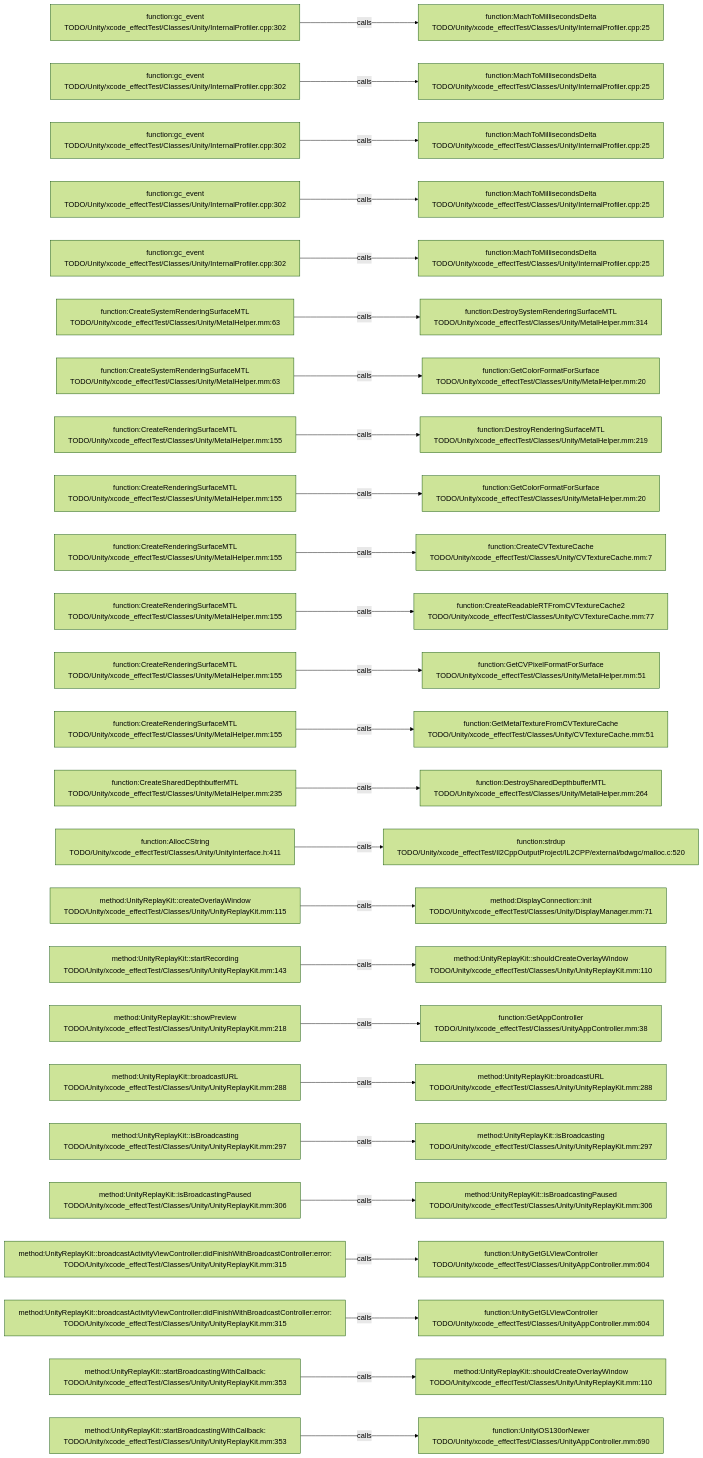
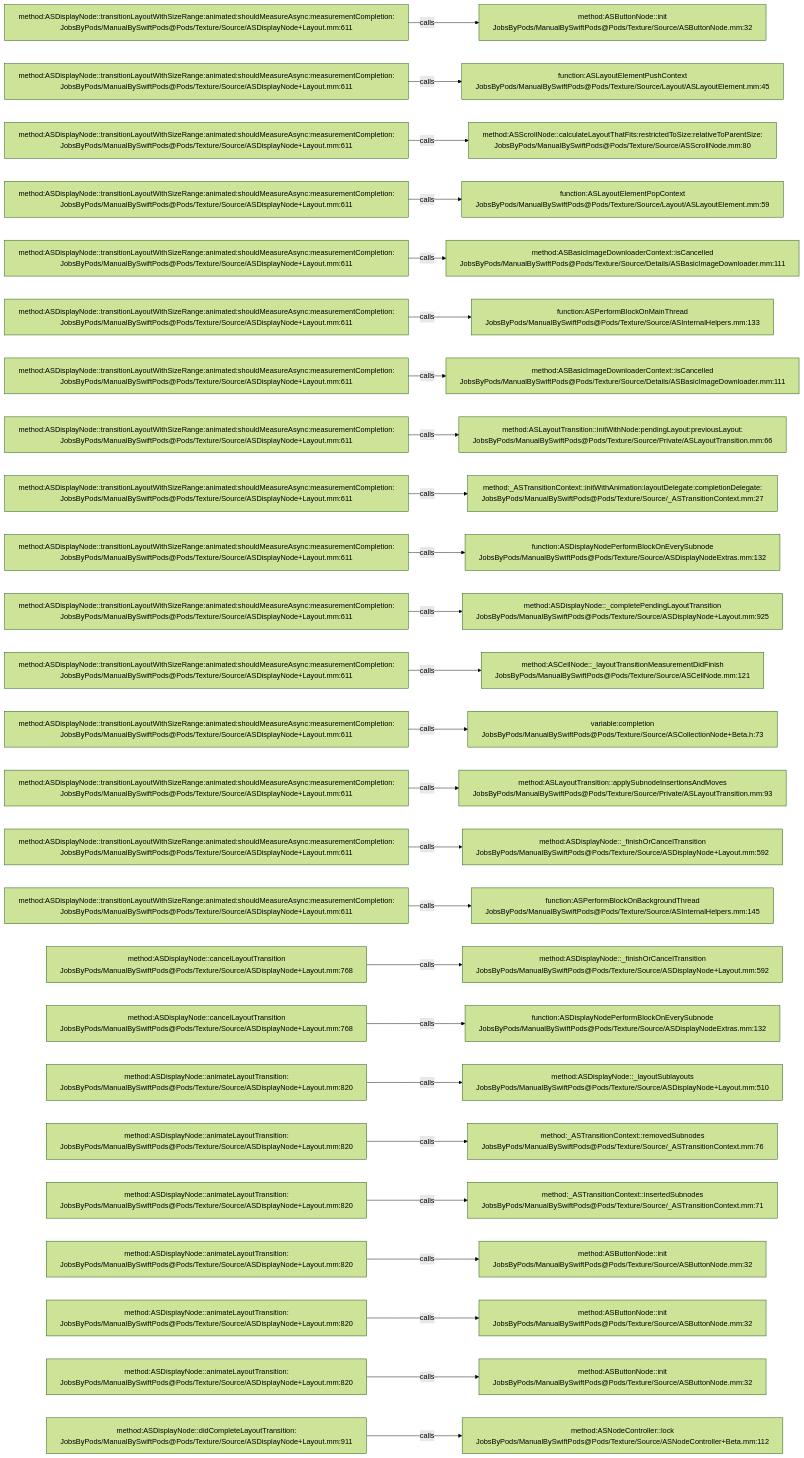
The diagram in .codegraph/codegraph.md/graphs/calls-042.md (JobsKits/JobsSwiftBaseConfigDemo), drawn with Mermaid (forest theme) before and after one commit. The commit also changed 2959 other files, not shown here.

````diff
--- a/.codegraph/codegraph.md/graphs/calls-042.md
+++ b/.codegraph/codegraph.md/graphs/calls-042.md
@@ -13,78 +13,78 @@
 ```mermaid
 flowchart LR
-  S1["function:gc_event<br/>TODO/Unity/xcode_effectTest/Classes/Unity/InternalProfiler.cpp:302"]
-  T1["function:MachToMillisecondsDelta<br/>TODO/Unity/xcode_effectTest/Classes/Unity/InternalProfiler.cpp:25"]
+  S1["method:ASDisplayNode::transitionLayoutWithSizeRange:animated:shouldMeasureAsync:measurementCompletion:<br/>JobsByPods/ManualBySwiftPods@Pods/Texture/Source/ASDisplayNode+Layout.mm:611"]
+  T1["method:ASButtonNode::init<br/>JobsByPods/ManualBySwiftPods@Pods/Texture/Source/ASButtonNode.mm:32"]
   S1 -->|calls| T1
-  S2["function:gc_event<br/>TODO/Unity/xcode_effectTest/Classes/Unity/InternalProfiler.cpp:302"]
-  T2["function:MachToMillisecondsDelta<br/>TODO/Unity/xcode_effectTest/Classes/Unity/InternalProfiler.cpp:25"]
+  S2["method:ASDisplayNode::transitionLayoutWithSizeRange:animated:shouldMeasureAsync:measurementCompletion:<br/>JobsByPods/ManualBySwiftPods@Pods/Texture/Source/ASDisplayNode+Layout.mm:611"]
+  T2["function:ASLayoutElementPushContext<br/>JobsByPods/ManualBySwiftPods@Pods/Texture/Source/Layout/ASLayoutElement.mm:45"]
   S2 -->|calls| T2
-  S3["function:gc_event<br/>TODO/Unity/xcode_effectTest/Classes/Unity/InternalProfiler.cpp:302"]
-  T3["function:MachToMillisecondsDelta<br/>TODO/Unity/xcode_effectTest/Classes/Unity/InternalProfiler.cpp:25"]
+  S3["method:ASDisplayNode::transitionLayoutWithSizeRange:animated:shouldMeasureAsync:measurementCompletion:<br/>JobsByPods/ManualBySwiftPods@Pods/Texture/Source/ASDisplayNode+Layout.mm:611"]
+  T3["method:ASScrollNode::calculateLayoutThatFits:restrictedToSize:relativeToParentSize:<br/>JobsByPods/ManualBySwiftPods@Pods/Texture/Source/ASScrollNode.mm:80"]
   S3 -->|calls| T3
-  S4["function:gc_event<br/>TODO/Unity/xcode_effectTest/Classes/Unity/InternalProfiler.cpp:302"]
-  T4["function:MachToMillisecondsDelta<br/>TODO/Unity/xcode_effectTest/Classes/Unity/InternalProfiler.cpp:25"]
+  S4["method:ASDisplayNode::transitionLayoutWithSizeRange:animated:shouldMeasureAsync:measurementCompletion:<br/>JobsByPods/ManualBySwiftPods@Pods/Texture/Source/ASDisplayNode+Layout.mm:611"]
+  T4["function:ASLayoutElementPopContext<br/>JobsByPods/ManualBySwiftPods@Pods/Texture/Source/Layout/ASLayoutElement.mm:59"]
   S4 -->|calls| T4
-  S5["function:gc_event<br/>TODO/Unity/xcode_effectTest/Classes/Unity/InternalProfiler.cpp:302"]
-  T5["function:MachToMillisecondsDelta<br/>TODO/Unity/xcode_effectTest/Classes/Unity/InternalProfiler.cpp:25"]
+  S5["method:ASDisplayNode::transitionLayoutWithSizeRange:animated:shouldMeasureAsync:measurementCompletion:<br/>JobsByPods/ManualBySwiftPods@Pods/Texture/Source/ASDisplayNode+Layout.mm:611"]
+  T5["method:ASBasicImageDownloaderContext::isCancelled<br/>JobsByPods/ManualBySwiftPods@Pods/Texture/Source/Details/ASBasicImageDownloader.mm:111"]
   S5 -->|calls| T5
-  S6["function:CreateSystemRenderingSurfaceMTL<br/>TODO/Unity/xcode_effectTest/Classes/Unity/MetalHelper.mm:63"]
-  T6["function:DestroySystemRenderingSurfaceMTL<br/>TODO/Unity/xcode_effectTest/Classes/Unity/MetalHelper.mm:314"]
+  S6["method:ASDisplayNode::transitionLayoutWithSizeRange:animated:shouldMeasureAsync:measurementCompletion:<br/>JobsByPods/ManualBySwiftPods@Pods/Texture/Source/ASDisplayNode+Layout.mm:611"]
+  T6["function:ASPerformBlockOnMainThread<br/>JobsByPods/ManualBySwiftPods@Pods/Texture/Source/ASInternalHelpers.mm:133"]
   S6 -->|calls| T6
-  S7["function:CreateSystemRenderingSurfaceMTL<br/>TODO/Unity/xcode_effectTest/Classes/Unity/MetalHelper.mm:63"]
-  T7["function:GetColorFormatForSurface<br/>TODO/Unity/xcode_effectTest/Classes/Unity/MetalHelper.mm:20"]
+  S7["method:ASDisplayNode::transitionLayoutWithSizeRange:animated:shouldMeasureAsync:measurementCompletion:<br/>JobsByPods/ManualBySwiftPods@Pods/Texture/Source/ASDisplayNode+Layout.mm:611"]
+  T7["method:ASBasicImageDownloaderContext::isCancelled<br/>JobsByPods/ManualBySwiftPods@Pods/Texture/Source/Details/ASBasicImageDownloader.mm:111"]
   S7 -->|calls| T7
-  S8["function:CreateRenderingSurfaceMTL<br/>TODO/Unity/xcode_effectTest/Classes/Unity/MetalHelper.mm:155"]
-  T8["function:DestroyRenderingSurfaceMTL<br/>TODO/Unity/xcode_effectTest/Classes/Unity/MetalHelper.mm:219"]
+  S8["method:ASDisplayNode::transitionLayoutWithSizeRange:animated:shouldMeasureAsync:measurementCompletion:<br/>JobsByPods/ManualBySwiftPods@Pods/Texture/Source/ASDisplayNode+Layout.mm:611"]
+  T8["method:ASLayoutTransition::initWithNode:pendingLayout:previousLayout:<br/>JobsByPods/ManualBySwiftPods@Pods/Texture/Source/Private/ASLayoutTransition.mm:66"]
   S8 -->|calls| T8
-  S9["function:CreateRenderingSurfaceMTL<br/>TODO/Unity/xcode_effectTest/Classes/Unity/MetalHelper.mm:155"]
-  T9["function:GetColorFormatForSurface<br/>TODO/Unity/xcode_effectTest/Classes/Unity/MetalHelper.mm:20"]
+  S9["method:ASDisplayNode::transitionLayoutWithSizeRange:animated:shouldMeasureAsync:measurementCompletion:<br/>JobsByPods/ManualBySwiftPods@Pods/Texture/Source/ASDisplayNode+Layout.mm:611"]
+  T9["method:_ASTransitionContext::initWithAnimation:layoutDelegate:completionDelegate:<br/>JobsByPods/ManualBySwiftPods@Pods/Texture/Source/_ASTransitionContext.mm:27"]
   S9 -->|calls| T9
-  S10["function:CreateRenderingSurfaceMTL<br/>TODO/Unity/xcode_effectTest/Classes/Unity/MetalHelper.mm:155"]
-  T10["function:CreateCVTextureCache<br/>TODO/Unity/xcode_effectTest/Classes/Unity/CVTextureCache.mm:7"]
+  S10["method:ASDisplayNode::transitionLayoutWithSizeRange:animated:shouldMeasureAsync:measurementCompletion:<br/>JobsByPods/ManualBySwiftPods@Pods/Texture/Source/ASDisplayNode+Layout.mm:611"]
+  T10["function:ASDisplayNodePerformBlockOnEverySubnode<br/>JobsByPods/ManualBySwiftPods@Pods/Texture/Source/ASDisplayNodeExtras.mm:132"]
   S10 -->|calls| T10
-  S11["function:CreateRenderingSurfaceMTL<br/>TODO/Unity/xcode_effectTest/Classes/Unity/MetalHelper.mm:155"]
-  T11["function:CreateReadableRTFromCVTextureCache2<br/>TODO/Unity/xcode_effectTest/Classes/Unity/CVTextureCache.mm:77"]
+  S11["method:ASDisplayNode::transitionLayoutWithSizeRange:animated:shouldMeasureAsync:measurementCompletion:<br/>JobsByPods/ManualBySwiftPods@Pods/Texture/Source/ASDisplayNode+Layout.mm:611"]
+  T11["method:ASDisplayNode::_completePendingLayoutTransition<br/>JobsByPods/ManualBySwiftPods@Pods/Texture/Source/ASDisplayNode+Layout.mm:925"]
   S11 -->|calls| T11
-  S12["function:CreateRenderingSurfaceMTL<br/>TODO/Unity/xcode_effectTest/Classes/Unity/MetalHelper.mm:155"]
-  T12["function:GetCVPixelFormatForSurface<br/>TODO/Unity/xcode_effectTest/Classes/Unity/MetalHelper.mm:51"]
+  S12["method:ASDisplayNode::transitionLayoutWithSizeRange:animated:shouldMeasureAsync:measurementCompletion:<br/>JobsByPods/ManualBySwiftPods@Pods/Texture/Source/ASDisplayNode+Layout.mm:611"]
+  T12["method:ASCellNode::_layoutTransitionMeasurementDidFinish<br/>JobsByPods/ManualBySwiftPods@Pods/Texture/Source/ASCellNode.mm:121"]
   S12 -->|calls| T12
-  S13["function:CreateRenderingSurfaceMTL<br/>TODO/Unity/xcode_effectTest/Classes/Unity/MetalHelper.mm:155"]
-  T13["function:GetMetalTextureFromCVTextureCache<br/>TODO/Unity/xcode_effectTest/Classes/Unity/CVTextureCache.mm:51"]
+  S13["method:ASDisplayNode::transitionLayoutWithSizeRange:animated:shouldMeasureAsync:measurementCompletion:<br/>JobsByPods/ManualBySwiftPods@Pods/Texture/Source/ASDisplayNode+Layout.mm:611"]
+  T13["variable:completion<br/>JobsByPods/ManualBySwiftPods@Pods/Texture/Source/ASCollectionNode+Beta.h:73"]
   S13 -->|calls| T13
-  S14["function:CreateSharedDepthbufferMTL<br/>TODO/Unity/xcode_effectTest/Classes/Unity/MetalHelper.mm:235"]
-  T14["function:DestroySharedDepthbufferMTL<br/>TODO/Unity/xcode_effectTest/Classes/Unity/MetalHelper.mm:264"]
+  S14["method:ASDisplayNode::transitionLayoutWithSizeRange:animated:shouldMeasureAsync:measurementCompletion:<br/>JobsByPods/ManualBySwiftPods@Pods/Texture/Source/ASDisplayNode+Layout.mm:611"]
+  T14["method:ASLayoutTransition::applySubnodeInsertionsAndMoves<br/>JobsByPods/ManualBySwiftPods@Pods/Texture/Source/Private/ASLayoutTransition.mm:93"]
   S14 -->|calls| T14
-  S15["function:AllocCString<br/>TODO/Unity/xcode_effectTest/Classes/Unity/UnityInterface.h:411"]
-  T15["function:strdup<br/>TODO/Unity/xcode_effectTest/Il2CppOutputProject/IL2CPP/external/bdwgc/malloc.c:520"]
+  S15["method:ASDisplayNode::transitionLayoutWithSizeRange:animated:shouldMeasureAsync:measurementCompletion:<br/>JobsByPods/ManualBySwiftPods@Pods/Texture/Source/ASDisplayNode+Layout.mm:611"]
+  T15["method:ASDisplayNode::_finishOrCancelTransition<br/>JobsByPods/ManualBySwiftPods@Pods/Texture/Source/ASDisplayNode+Layout.mm:592"]
   S15 -->|calls| T15
-  S16["method:UnityReplayKit::createOverlayWindow<br/>TODO/Unity/xcode_effectTest/Classes/Unity/UnityReplayKit.mm:115"]
-  T16["method:DisplayConnection::init<br/>TODO/Unity/xcode_effectTest/Classes/Unity/DisplayManager.mm:71"]
+  S16["method:ASDisplayNode::transitionLayoutWithSizeRange:animated:shouldMeasureAsync:measurementCompletion:<br/>JobsByPods/ManualBySwiftPods@Pods/Texture/Source/ASDisplayNode+Layout.mm:611"]
+  T16["function:ASPerformBlockOnBackgroundThread<br/>JobsByPods/ManualBySwiftPods@Pods/Texture/Source/ASInternalHelpers.mm:145"]
   S16 -->|calls| T16
-  S17["method:UnityReplayKit::startRecording<br/>TODO/Unity/xcode_effectTest/Classes/Unity/UnityReplayKit.mm:143"]
-  T17["method:UnityReplayKit::shouldCreateOverlayWindow<br/>TODO/Unity/xcode_effectTest/Classes/Unity/UnityReplayKit.mm:110"]
+  S17["method:ASDisplayNode::cancelLayoutTransition<br/>JobsByPods/ManualBySwiftPods@Pods/Texture/Source/ASDisplayNode+Layout.mm:768"]
+  T17["method:ASDisplayNode::_finishOrCancelTransition<br/>JobsByPods/ManualBySwiftPods@Pods/Texture/Source/ASDisplayNode+Layout.mm:592"]
   S17 -->|calls| T17
-  S18["method:UnityReplayKit::showPreview<br/>TODO/Unity/xcode_effectTest/Classes/Unity/UnityReplayKit.mm:218"]
-  T18["function:GetAppController<br/>TODO/Unity/xcode_effectTest/Classes/UnityAppController.mm:38"]
+  S18["method:ASDisplayNode::cancelLayoutTransition<br/>JobsByPods/ManualBySwiftPods@Pods/Texture/Source/ASDisplayNode+Layout.mm:768"]
+  T18["function:ASDisplayNodePerformBlockOnEverySubnode<br/>JobsByPods/ManualBySwiftPods@Pods/Texture/Source/ASDisplayNodeExtras.mm:132"]
   S18 -->|calls| T18
-  S19["method:UnityReplayKit::broadcastURL<br/>TODO/Unity/xcode_effectTest/Classes/Unity/UnityReplayKit.mm:288"]
-  T19["method:UnityReplayKit::broadcastURL<br/>TODO/Unity/xcode_effectTest/Classes/Unity/UnityReplayKit.mm:288"]
+  S19["method:ASDisplayNode::animateLayoutTransition:<br/>JobsByPods/ManualBySwiftPods@Pods/Texture/Source/ASDisplayNode+Layout.mm:820"]
+  T19["method:ASDisplayNode::_layoutSublayouts<br/>JobsByPods/ManualBySwiftPods@Pods/Texture/Source/ASDisplayNode+Layout.mm:510"]
   S19 -->|calls| T19
-  S20["method:UnityReplayKit::isBroadcasting<br/>TODO/Unity/xcode_effectTest/Classes/Unity/UnityReplayKit.mm:297"]
-  T20["method:UnityReplayKit::isBroadcasting<br/>TODO/Unity/xcode_effectTest/Classes/Unity/UnityReplayKit.mm:297"]
+  S20["method:ASDisplayNode::animateLayoutTransition:<br/>JobsByPods/ManualBySwiftPods@Pods/Texture/Source/ASDisplayNode+Layout.mm:820"]
+  T20["method:_ASTransitionContext::removedSubnodes<br/>JobsByPods/ManualBySwiftPods@Pods/Texture/Source/_ASTransitionContext.mm:76"]
   S20 -->|calls| T20
-  S21["method:UnityReplayKit::isBroadcastingPaused<br/>TODO/Unity/xcode_effectTest/Classes/Unity/UnityReplayKit.mm:306"]
-  T21["method:UnityReplayKit::isBroadcastingPaused<br/>TODO/Unity/xcode_effectTest/Classes/Unity/UnityReplayKit.mm:306"]
+  S21["method:ASDisplayNode::animateLayoutTransition:<br/>JobsByPods/ManualBySwiftPods@Pods/Texture/Source/ASDisplayNode+Layout.mm:820"]
+  T21["method:_ASTransitionContext::insertedSubnodes<br/>JobsByPods/ManualBySwiftPods@Pods/Texture/Source/_ASTransitionContext.mm:71"]
   S21 -->|calls| T21
-  S22["method:UnityReplayKit::broadcastActivityViewController:didFinishWithBroadcastController:error:<br/>TODO/Unity/xcode_effectTest/Classes/Unity/UnityReplayKit.mm:315"]
-  T22["function:UnityGetGLViewController<br/>TODO/Unity/xcode_effectTest/Classes/UnityAppController.mm:604"]
+  S22["method:ASDisplayNode::animateLayoutTransition:<br/>JobsByPods/ManualBySwiftPods@Pods/Texture/Source/ASDisplayNode+Layout.mm:820"]
+  T22["method:ASButtonNode::init<br/>JobsByPods/ManualBySwiftPods@Pods/Texture/Source/ASButtonNode.mm:32"]
   S22 -->|calls| T22
-  S23["method:UnityReplayKit::broadcastActivityViewController:didFinishWithBroadcastController:error:<br/>TODO/Unity/xcode_effectTest/Classes/Unity/UnityReplayKit.mm:315"]
-  T23["function:UnityGetGLViewController<br/>TODO/Unity/xcode_effectTest/Classes/UnityAppController.mm:604"]
+  S23["method:ASDisplayNode::animateLayoutTransition:<br/>JobsByPods/ManualBySwiftPods@Pods/Texture/Source/ASDisplayNode+Layout.mm:820"]
+  T23["method:ASButtonNode::init<br/>JobsByPods/ManualBySwiftPods@Pods/Texture/Source/ASButtonNode.mm:32"]
   S23 -->|calls| T23
-  S24["method:UnityReplayKit::startBroadcastingWithCallback:<br/>TODO/Unity/xcode_effectTest/Classes/Unity/UnityReplayKit.mm:353"]
-  T24["method:UnityReplayKit::shouldCreateOverlayWindow<br/>TODO/Unity/xcode_effectTest/Classes/Unity/UnityReplayKit.mm:110"]
+  S24["method:ASDisplayNode::animateLayoutTransition:<br/>JobsByPods/ManualBySwiftPods@Pods/Texture/Source/ASDisplayNode+Layout.mm:820"]
+  T24["method:ASButtonNode::init<br/>JobsByPods/ManualBySwiftPods@Pods/Texture/Source/ASButtonNode.mm:32"]
   S24 -->|calls| T24
-  S25["method:UnityReplayKit::startBroadcastingWithCallback:<br/>TODO/Unity/xcode_effectTest/Classes/Unity/UnityReplayKit.mm:353"]
-  T25["function:UnityiOS130orNewer<br/>TODO/Unity/xcode_effectTest/Classes/UnityAppController.mm:690"]
+  S25["method:ASDisplayNode::didCompleteLayoutTransition:<br/>JobsByPods/ManualBySwiftPods@Pods/Texture/Source/ASDisplayNode+Layout.mm:911"]
+  T25["method:ASNodeController::lock<br/>JobsByPods/ManualBySwiftPods@Pods/Texture/Source/ASNodeController+Beta.mm:112"]
   S25 -->|calls| T25
 ```
````
